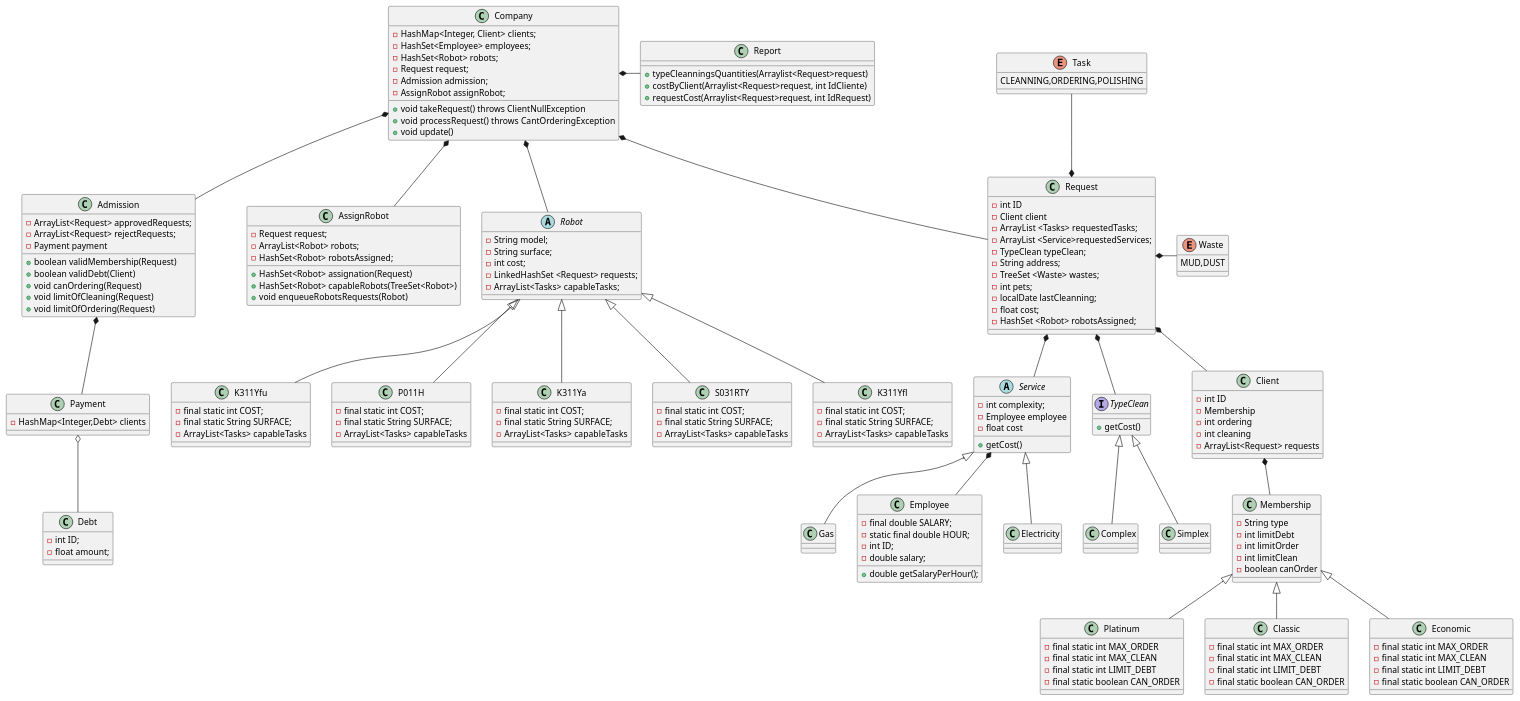
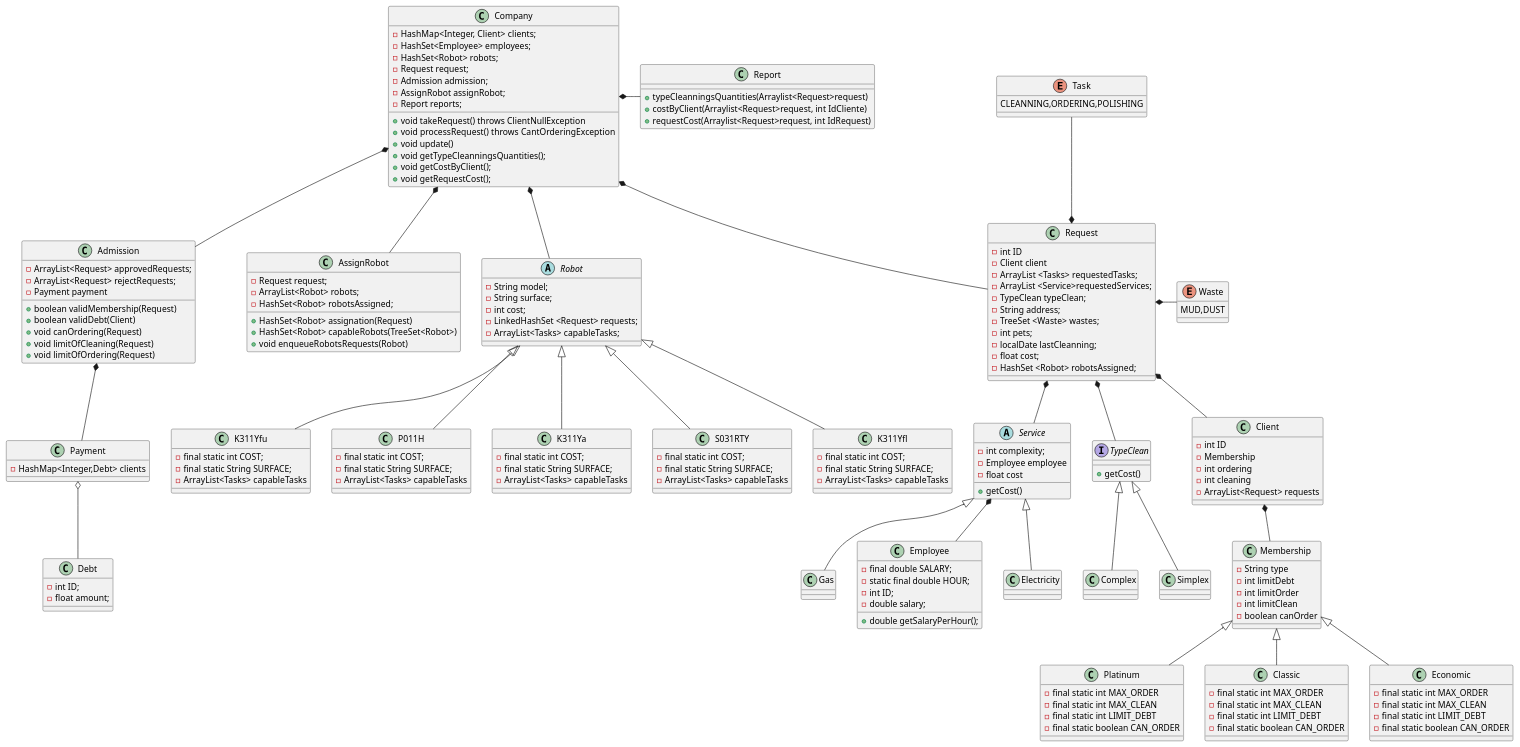
Before and after one commit to Grupo-3-Labo-y-prog/RobotsTP: the diagram in diagramas/FusionDiagramas.puml, drawn with PlantUML. The commit also changed 9 other files, not shown here.

Commit message:
costPerClient Test

```diff
--- a/diagramas/FusionDiagramas.puml
+++ b/diagramas/FusionDiagramas.puml
@@ -68,11 +68,14 @@
 - Request request;
 - Admission admission;
 - AssignRobot assignRobot;
+- Report reports;
 
 +void takeRequest() throws ClientNullException
 +void processRequest() throws CantOrderingException
 +void update()
-
++ void getTypeCleanningsQuantities();
++ void getCostByClient();
++ void getRequestCost();
 }
 class Admission{
 - ArrayList<Request> approvedRequests;
```
